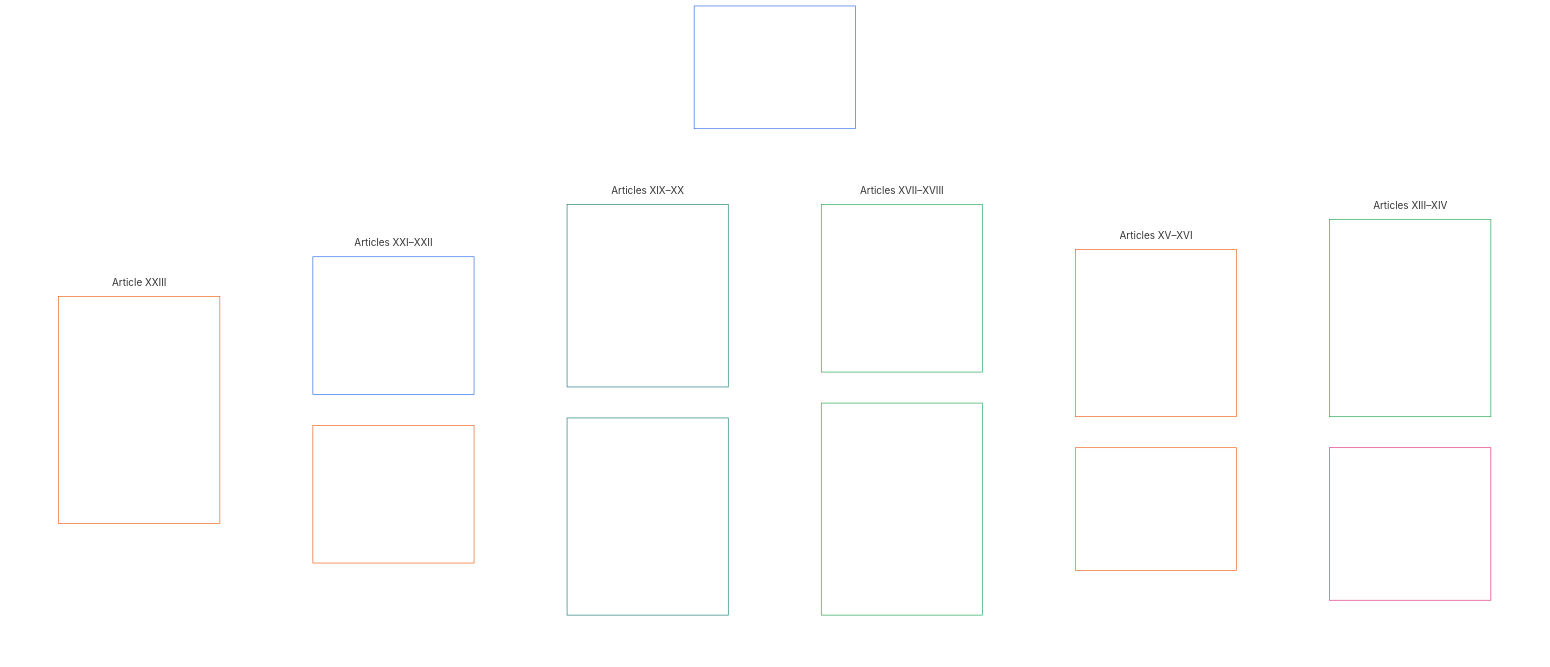
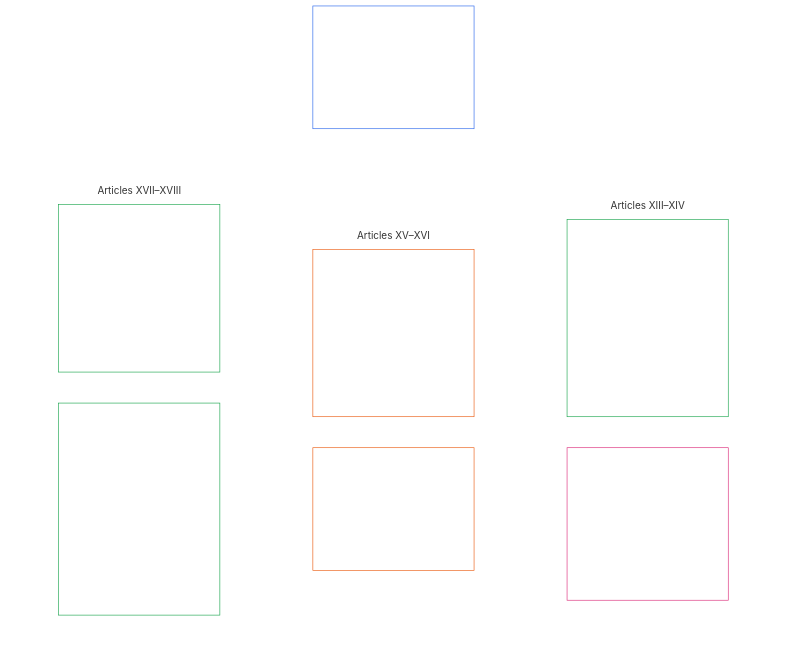
Before and after one commit to kfoelsch/Sentient_Constitution: the seventh of 22 diagrams in guides/CONCEPTUAL_OVERVIEW.md, drawn with Mermaid (forest theme). The commit also changed other lines of this file and 128 other files, not shown here.

First line of the commit message:
Restructure Chapter Six: justice article to XX, split Part C into C/D/E

````diff
--- a/guides/CONCEPTUAL_OVERVIEW.md
+++ b/guides/CONCEPTUAL_OVERVIEW.md
@@ -311,56 +316,34 @@
 ```mermaid
 flowchart TB
-    C0["Part C<br/><br/>Trustworthy systems, security and force limits,<br/>information integrity, verification, lifecycle, and resilience"]
+    C0["Part C<br/><br/>Trustworthy systems, security and force limits,<br/>information integrity, verification, lifecycle, and sandboxed innovation"]
     subgraph Cgrid[" "]
         direction TB
         subgraph Crow1["Articles XIII–XIV"]
             direction LR
             C1["Article XIII · Reliable and Trustworthy Systems<br/><br/>• Reliability baseline<br/>• Challenge, review, and redress<br/>• False trust limits<br/>• Incentive alignment<br/>• High-autonomy process integrity<br/>• Resilience and self-healing"]
             C2["Article XIV · Security, Intelligence, Force, and Autonomous Coercion<br/><br/>• Covert-power limits<br/>• Use of force and armed conflict<br/>• Autonomous lethal and coercive systems"]
         end
         subgraph Crow2["Articles XV–XVI"]
             direction LR
             C3["Article XV · Info-Sphere Integrity<br/><br/>• Plurality and anti-monopoly<br/>• Transparency and contestability<br/>• Validation, reporting, and epistemic stewardship"]
             C4["Article XVI · Audit, Transparency, and Independent Verification<br/><br/>• Observable evidence<br/>• Distributed oversight<br/>• Accessible verification"]
         end
         subgraph Crow3["Articles XVII–XVIII"]
             direction LR
             C5["Article XVII · System Lifecycle, Environments, and Reversibility<br/><br/>• Environment separation<br/>• Progressive deployment and reversibility<br/>• Misclassification and evasion consequences"]
             C6["Article XVIII · Sandboxed Innovation and Creative Freedom<br/><br/>• Sandboxed scope<br/>• Containment, disclosure, and opt-in<br/>• Transition to higher-obligation regimes<br/>• Innovation reward and anti-enclosure<br/>• Publication, review, and replication integrity"]
         end
-        subgraph Crow4["Articles XIX–XX"]
-            direction LR
-            C7["Article XIX · Standing and Participation Status<br/><br/>• Standing distinctions<br/>• Contestability and restriction limits<br/>• Named-pathway eligibility, responsibility, and audit<br/>• Movement, refuge, and non-statelessness"]
-            C8["Article XX · Interoperability, Portability, Movement, and Exit<br/><br/>• Portability<br/>• Reciprocal interoperability<br/>• Anti-lock-in<br/>• Movement, migration, refuge, and non-statelessness"]
-        end
-        subgraph Crow5["Articles XXI–XXII"]
-            direction LR
-            C9["Article XXI · Comprehensibility and Complexity Stewardship<br/><br/>• Proportional comprehensibility<br/>• Complexity audit and modularity"]
-            C10["Article XXII · Root Cause Analysis and Adaptive Response<br/><br/>• Diagnostic rigor and causal attribution<br/>• Auditability, challenge, and reversibility"]
-        end
-        subgraph Crow6["Article XXIII"]
-            direction LR
-            C11["Article XXIII · Constitutional Interpretation, Review, and Anti-Capture<br/><br/>• Bounded interpretive mandate<br/>• Composition, rotation, and conflict controls<br/>• Public reasons, challenge, and external review<br/>• Removal and non-entrenchment"]
-        end
     end
     C0 ~~~ Cgrid
     style Cgrid fill:none,stroke:none
     style Crow1 fill:none,stroke:none
     style Crow2 fill:none,stroke:none
     style Crow3 fill:none,stroke:none
-    style Crow4 fill:none,stroke:none
-    style Crow5 fill:none,stroke:none
-    style Crow6 fill:none,stroke:none
     style C0 fill:none,stroke:#2563eb,color:#ffffff
     style C1 fill:none,stroke:#16a34a,color:#ffffff
     style C2 fill:none,stroke:#db2777,color:#ffffff
     style C3 fill:none,stroke:#ea580c,color:#ffffff
     style C4 fill:none,stroke:#ea580c,color:#ffffff
     style C5 fill:none,stroke:#16a34a,color:#ffffff
     style C6 fill:none,stroke:#16a34a,color:#ffffff
-    style C7 fill:none,stroke:#0f766e,color:#ffffff
-    style C8 fill:none,stroke:#0f766e,color:#ffffff
-    style C9 fill:none,stroke:#2563eb,color:#ffffff
-    style C10 fill:none,stroke:#ea580c,color:#ffffff
-    style C11 fill:none,stroke:#ea580c,color:#ffffff
 ```
````
